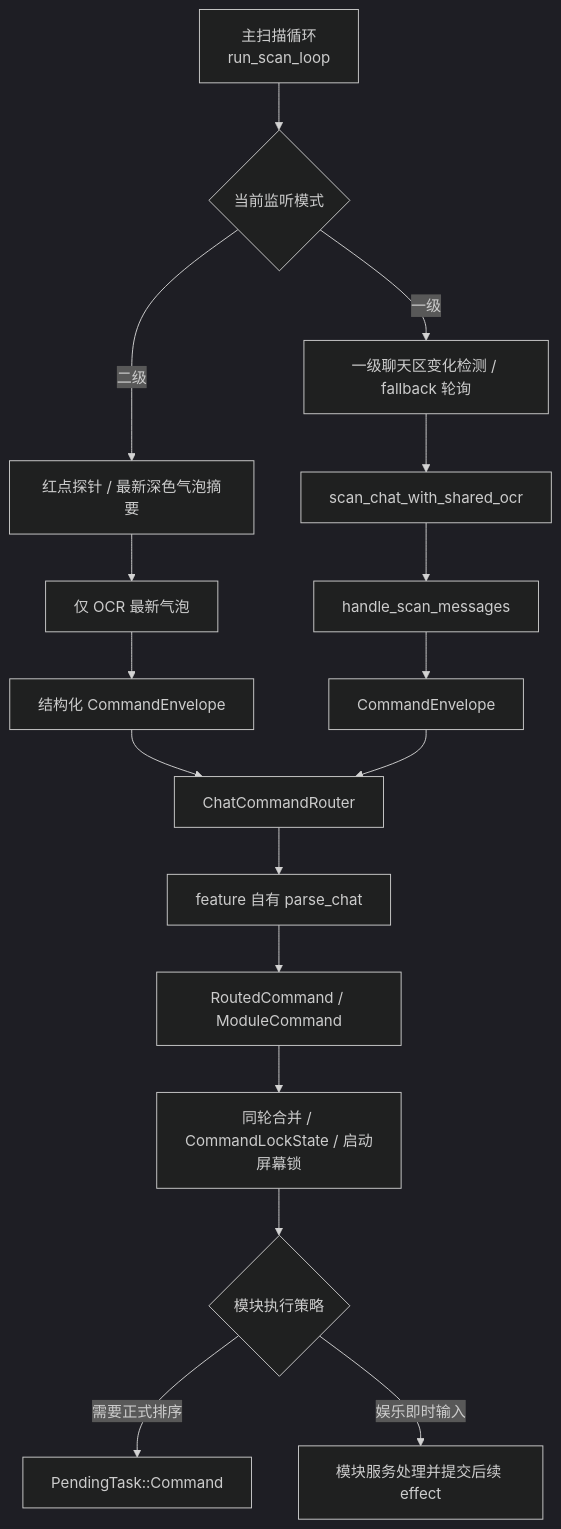
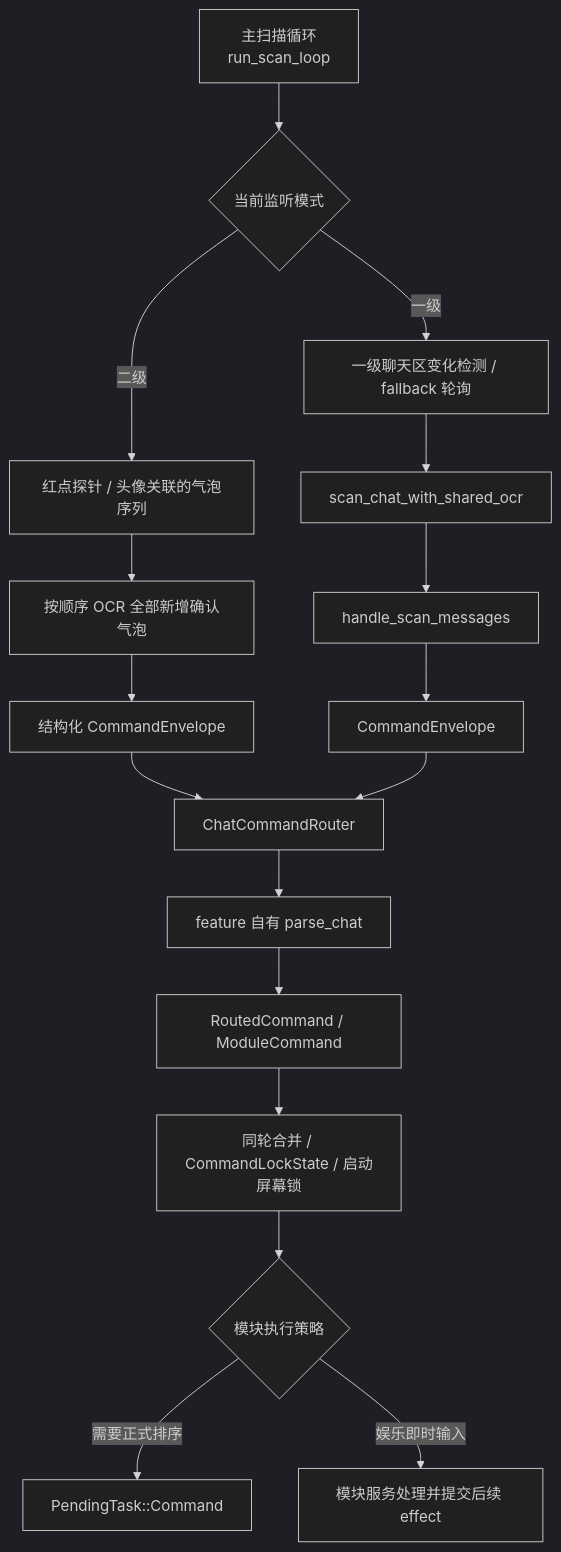
Before and after one commit to XingNian-www/Miliastra-Wonderland-Music: the diagram in docs/chat-command-ingestion.md, drawn with Mermaid (dark theme). The commit also changed other lines of this file and 40 other files, not shown here.

````diff
--- a/docs/chat-command-ingestion.md
+++ b/docs/chat-command-ingestion.md
@@ -18,19 +18,19 @@
 ```mermaid
 flowchart TD
     A["主扫描循环<br/>run_scan_loop"] --> B{"当前监听模式"}
     B -->|一级| C["一级聊天区变化检测 / fallback 轮询"]
-    B -->|二级| D["红点探针 / 最新深色气泡摘要"]
+    B -->|二级| D["红点探针 / 头像关联的气泡序列"]
     C --> E["scan_chat_with_shared_ocr"]
-    D --> F["仅 OCR 最新气泡"]
+    D --> F["按顺序 OCR 全部新增确认气泡"]
     E --> G["handle_scan_messages"]
     F --> H["结构化 CommandEnvelope"]
     G --> I["CommandEnvelope"]
     H --> J["ChatCommandRouter"]
     I --> J
     J --> K["feature 自有 parse_chat"]
     K --> L["RoutedCommand / ModuleCommand"]
     L --> M["同轮合并 / CommandLockState / 启动屏幕锁"]
     M --> N{"模块执行策略"}
     N -->|需要正式排序| O["PendingTask::Command"]
     N -->|娱乐即时输入| P["模块服务处理并提交后续 effect"]
 ```
````
